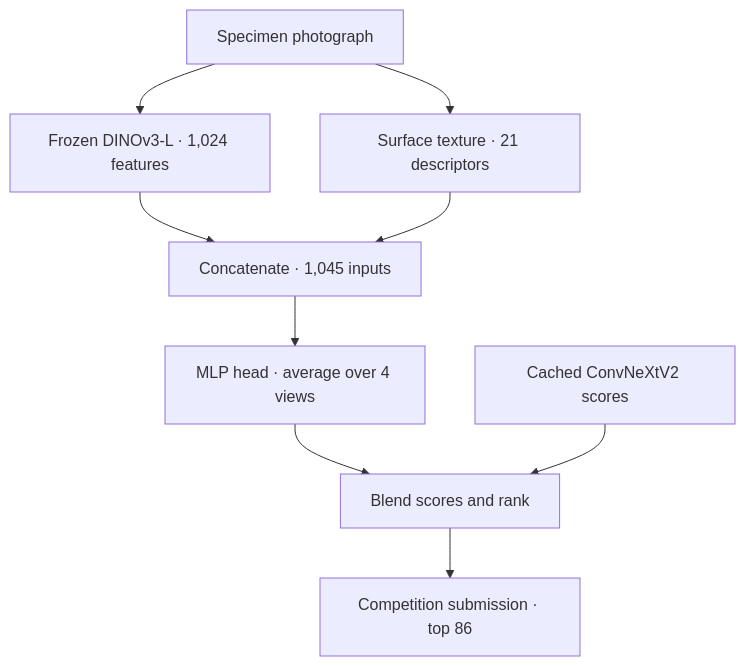
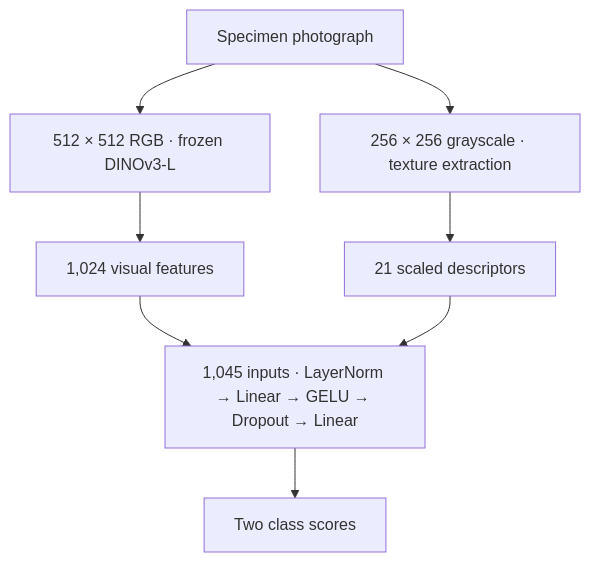
One commit to LAnthonyJ/LithoLens changed the diagram in README.md. Above: the diagram before and after it, drawn with Mermaid. The commit also changed other lines of this file and 52 other files, not shown here.

````diff
--- a/README.md
+++ b/README.md
@@ -15,11 +30,10 @@
 ```mermaid
 flowchart TD
-  A["Specimen photograph"] --> B["Frozen DINOv3-L · 1,024 features"]
-  A --> C["Surface texture · 21 descriptors"]
-  B --> D["Concatenate · 1,045 inputs"]
-  C --> D
-  D --> E["MLP head · average over 4 views"]
-  E --> F["Blend scores and rank"]
-  G["Cached ConvNeXtV2 scores"] --> F
-  F --> H["Competition submission · top 86"]
+  A["Specimen photograph"] --> B["512 × 512 RGB · frozen DINOv3-L"]
+  A --> C["256 × 256 grayscale · texture extraction"]
+  B --> D["1,024 visual features"]
+  C --> E["21 scaled descriptors"]
+  D --> F["1,045 inputs · LayerNorm → Linear → GELU → Dropout → Linear"]
+  E --> F
+  F --> G["Two class scores"]
 ```
````
